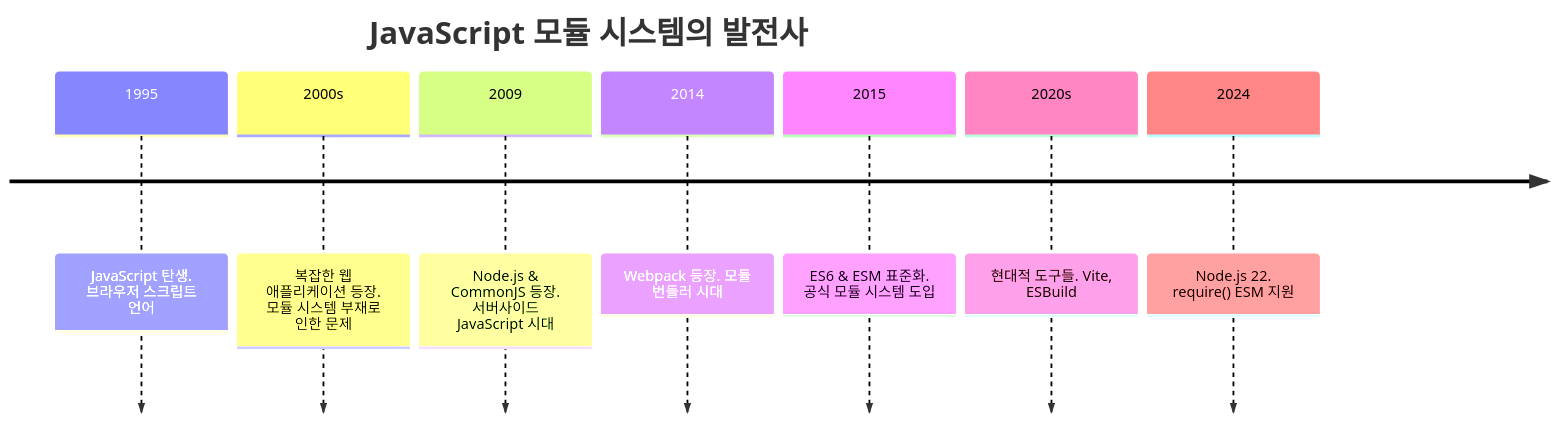
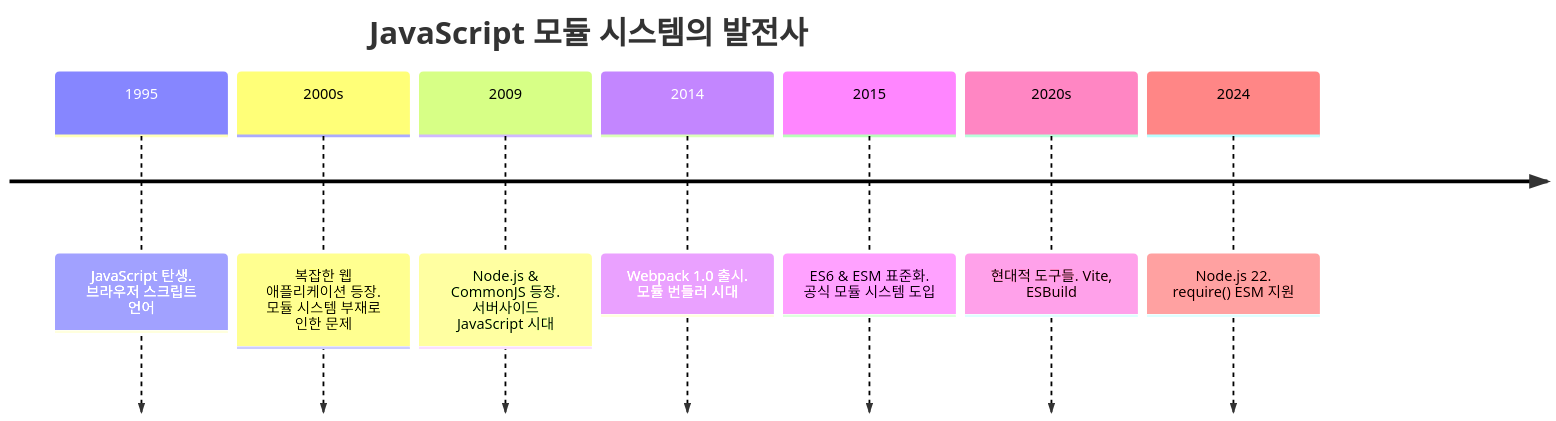
The first of 7 diagrams in src/commonjs-esm/README.md (netscout/typescript-studies), drawn with Mermaid before and after one commit.

Commit message:
수정

````diff
--- a/src/commonjs-esm/README.md
+++ b/src/commonjs-esm/README.md
@@ -30,12 +30,12 @@
 ```mermaid
 timeline
     title JavaScript 모듈 시스템의 발전사
 
     1995 : JavaScript 탄생. 브라우저 스크립트 언어
     2000s : 복잡한 웹 애플리케이션 등장. 모듈 시스템 부재로 인한 문제
     2009 : Node.js & CommonJS 등장. 서버사이드 JavaScript 시대
-    2014 : Webpack 등장. 모듈 번들러 시대
+    2014 : Webpack 1.0 출시. 모듈 번들러 시대
     2015 : ES6 & ESM 표준화. 공식 모듈 시스템 도입
     2020s : 현대적 도구들. Vite, ESBuild
     2024 : Node.js 22. require() ESM 지원
 ```
````
